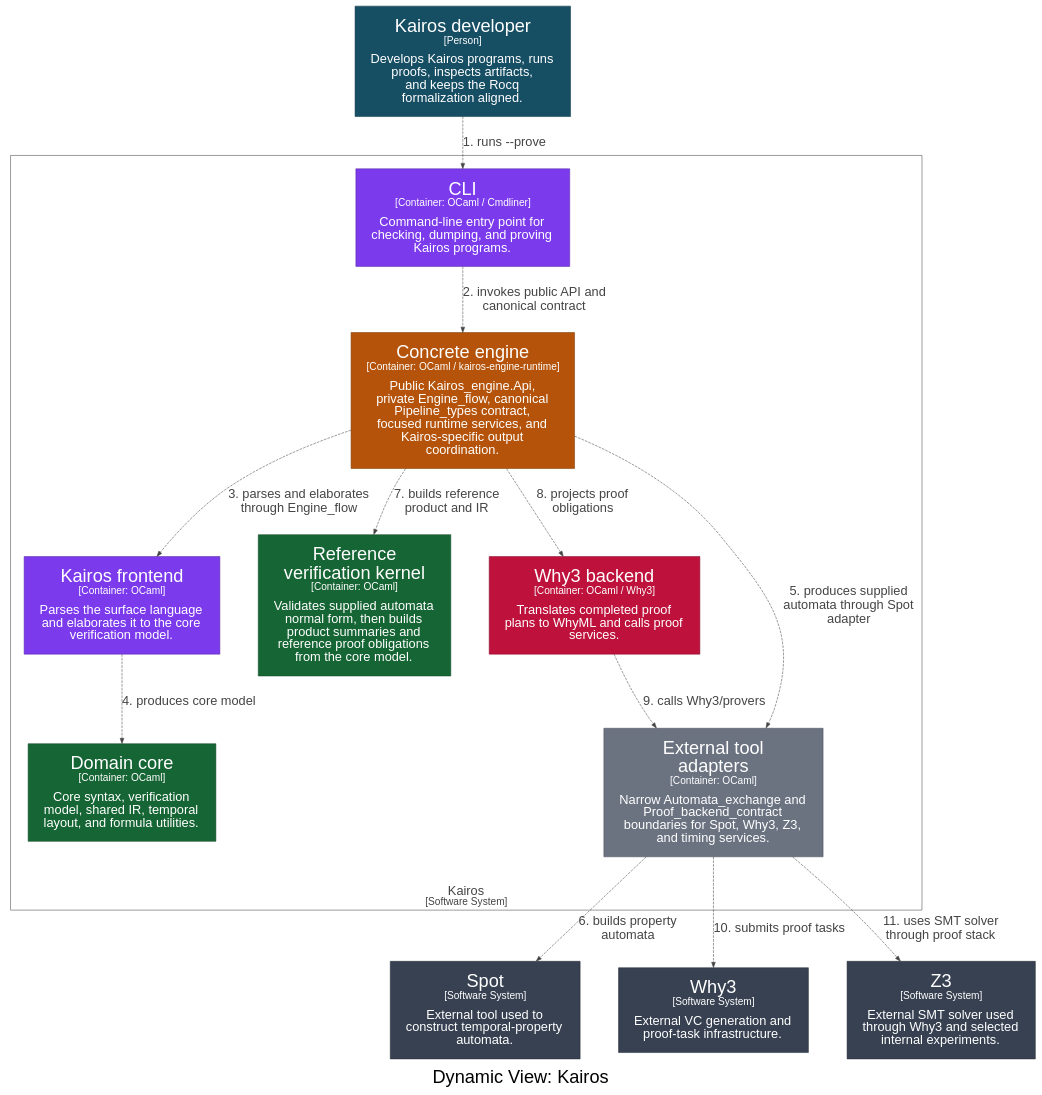
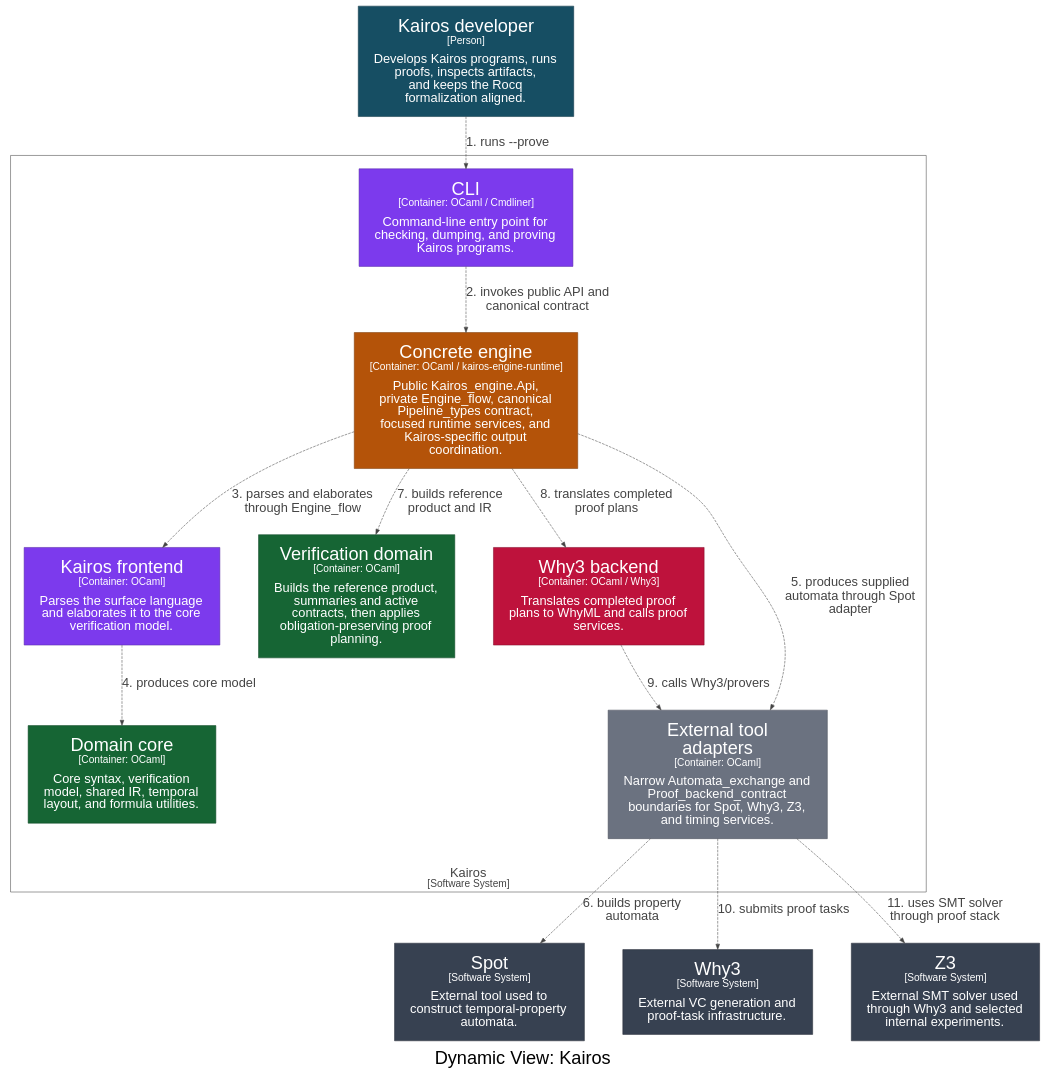
Before and after one commit to DabrowskiFr/Kairos: the diagram in docs/architecture/structurizr/export/dot/structurizr-kairos-prove-flow.dot, drawn with Graphviz. The commit also changed 102 other files, not shown here.

```diff
--- a/docs/architecture/structurizr/export/dot/structurizr-kairos-prove-flow.dot
+++ b/docs/architecture/structurizr/export/dot/structurizr-kairos-prove-flow.dot
@@ -1,42 +1,42 @@
 digraph {
   compound=true
   graph [fontname="Arial", rankdir=TB, ranksep=1.0, nodesep=1.0]
   node [fontname="Arial", shape=box, margin="0.4,0.3"]
   edge [fontname="Arial"]
   label=<<br /><font point-size="34">Dynamic View: Kairos</font>>
 
   subgraph cluster_7 {
     margin=25
     label=<<font point-size="24"><br />Kairos</font><br /><font point-size="19">[Software System]</font>>
     labelloc=b
     color="#444444"
     fontcolor="#444444"
     fillcolor="#444444"
 
     10 [id=10,shape=rect, label=<<font point-size="34">Concrete engine</font><br /><font point-size="19">[Container: OCaml / kairos-engine-runtime]</font><br /><br /><font point-size="24">Public Kairos_engine.Api,<br />private Engine_flow, canonical<br />Pipeline_types contract,<br />focused runtime services, and<br />Kairos-specific output<br />coordination.</font>>, style=filled, color="#7d3a06", fillcolor="#b45309", fontcolor="#ffffff"]
     19 [id=19,shape=rect, label=<<font point-size="34">Kairos frontend</font><br /><font point-size="19">[Container: OCaml]</font><br /><br /><font point-size="24">Parses the surface language<br />and elaborates it to the core<br />verification model.</font>>, style=filled, color="#5628a5", fillcolor="#7c3aed", fontcolor="#ffffff"]
     20 [id=20,shape=rect, label=<<font point-size="34">Domain core</font><br /><font point-size="19">[Container: OCaml]</font><br /><br /><font point-size="24">Core syntax, verification<br />model, shared IR, temporal<br />layout, and formula utilities.</font>>, style=filled, color="#0f4624", fillcolor="#166534", fontcolor="#ffffff"]
-    21 [id=21,shape=rect, label=<<font point-size="34">Reference<br />verification kernel</font><br /><font point-size="19">[Container: OCaml]</font><br /><br /><font point-size="24">Validates supplied automata<br />normal form, then builds<br />product summaries and<br />reference proof obligations<br />from the core model.</font>>, style=filled, color="#0f4624", fillcolor="#166534", fontcolor="#ffffff"]
-    28 [id=28,shape=rect, label=<<font point-size="34">Why3 backend</font><br /><font point-size="19">[Container: OCaml / Why3]</font><br /><br /><font point-size="24">Translates completed proof<br />plans to WhyML and calls proof<br />services.</font>>, style=filled, color="#850c2a", fillcolor="#be123c", fontcolor="#ffffff"]
-    31 [id=31,shape=rect, label=<<font point-size="34">External tool<br />adapters</font><br /><font point-size="19">[Container: OCaml]</font><br /><br /><font point-size="24">Narrow Automata_exchange and<br />Proof_backend_contract<br />boundaries for Spot, Why3, Z3,<br />and timing services.</font>>, style=filled, color="#4a4f59", fillcolor="#6b7280", fontcolor="#ffffff"]
+    21 [id=21,shape=rect, label=<<font point-size="34">Verification domain</font><br /><font point-size="19">[Container: OCaml]</font><br /><br /><font point-size="24">Builds the reference product,<br />summaries and active<br />contracts, then applies<br />obligation-preserving proof<br />planning.</font>>, style=filled, color="#0f4624", fillcolor="#166534", fontcolor="#ffffff"]
+    27 [id=27,shape=rect, label=<<font point-size="34">Why3 backend</font><br /><font point-size="19">[Container: OCaml / Why3]</font><br /><br /><font point-size="24">Translates completed proof<br />plans to WhyML and calls proof<br />services.</font>>, style=filled, color="#850c2a", fillcolor="#be123c", fontcolor="#ffffff"]
+    30 [id=30,shape=rect, label=<<font point-size="34">External tool<br />adapters</font><br /><font point-size="19">[Container: OCaml]</font><br /><br /><font point-size="24">Narrow Automata_exchange and<br />Proof_backend_contract<br />boundaries for Spot, Why3, Z3,<br />and timing services.</font>>, style=filled, color="#4a4f59", fillcolor="#6b7280", fontcolor="#ffffff"]
     8 [id=8,shape=rect, label=<<font point-size="34">CLI</font><br /><font point-size="19">[Container: OCaml / Cmdliner]</font><br /><br /><font point-size="24">Command-line entry point for<br />checking, dumping, and proving<br />Kairos programs.</font>>, style=filled, color="#5628a5", fillcolor="#7c3aed", fontcolor="#ffffff"]
   }
 
   1 [id=1,shape=rect, label=<<font point-size="34">Kairos developer</font><br /><font point-size="19">[Person]</font><br /><br /><font point-size="24">Develops Kairos programs, runs<br />proofs, inspects artifacts,<br />and keeps the Rocq<br />formalization aligned.</font>>, style=filled, color="#0f3645", fillcolor="#164e63", fontcolor="#ffffff"]
   3 [id=3,shape=rect, label=<<font point-size="34">Spot</font><br /><font point-size="19">[Software System]</font><br /><br /><font point-size="24">External tool used to<br />construct temporal-property<br />automata.</font>>, style=filled, color="#262d38", fillcolor="#374151", fontcolor="#ffffff"]
   4 [id=4,shape=rect, label=<<font point-size="34">Why3</font><br /><font point-size="19">[Software System]</font><br /><br /><font point-size="24">External VC generation and<br />proof-task infrastructure.</font>>, style=filled, color="#262d38", fillcolor="#374151", fontcolor="#ffffff"]
   5 [id=5,shape=rect, label=<<font point-size="34">Z3</font><br /><font point-size="19">[Software System]</font><br /><br /><font point-size="24">External SMT solver used<br />through Why3 and selected<br />internal experiments.</font>>, style=filled, color="#262d38", fillcolor="#374151", fontcolor="#ffffff"]
 
-  1 -> 8 [id=32, label=<<font point-size="24">1. runs --prove</font>>, style="dashed", color="#444444", fontcolor="#444444"]
-  8 -> 10 [id=35, label=<<font point-size="24">2. invokes public API and<br />canonical contract</font>>, style="dashed", color="#444444", fontcolor="#444444"]
-  10 -> 19 [id=37, label=<<font point-size="24">3. parses and elaborates<br />through Engine_flow</font>>, style="dashed", color="#444444", fontcolor="#444444"]
-  19 -> 20 [id=39, label=<<font point-size="24">4. produces core model</font>>, style="dashed", color="#444444", fontcolor="#444444"]
-  10 -> 31 [id=44, label=<<font point-size="24">5. produces supplied<br />automata through Spot<br />adapter</font>>, style="dashed", color="#444444", fontcolor="#444444"]
-  31 -> 3 [id=55, label=<<font point-size="24">6. builds property<br />automata</font>>, style="dashed", color="#444444", fontcolor="#444444"]
-  10 -> 21 [id=40, label=<<font point-size="24">7. builds reference<br />product and IR</font>>, style="dashed", color="#444444", fontcolor="#444444"]
-  10 -> 28 [id=43, label=<<font point-size="24">8. projects proof<br />obligations</font>>, style="dashed", color="#444444", fontcolor="#444444"]
-  28 -> 31 [id=52, label=<<font point-size="24">9. calls Why3/provers</font>>, style="dashed", color="#444444", fontcolor="#444444"]
-  31 -> 4 [id=57, label=<<font point-size="24">10. submits proof tasks</font>>, style="dashed", color="#444444", fontcolor="#444444"]
-  31 -> 5 [id=59, label=<<font point-size="24">11. uses SMT solver<br />through proof stack</font>>, style="dashed", color="#444444", fontcolor="#444444"]
+  1 -> 8 [id=31, label=<<font point-size="24">1. runs --prove</font>>, style="dashed", color="#444444", fontcolor="#444444"]
+  8 -> 10 [id=34, label=<<font point-size="24">2. invokes public API and<br />canonical contract</font>>, style="dashed", color="#444444", fontcolor="#444444"]
+  10 -> 19 [id=36, label=<<font point-size="24">3. parses and elaborates<br />through Engine_flow</font>>, style="dashed", color="#444444", fontcolor="#444444"]
+  19 -> 20 [id=38, label=<<font point-size="24">4. produces core model</font>>, style="dashed", color="#444444", fontcolor="#444444"]
+  10 -> 30 [id=42, label=<<font point-size="24">5. produces supplied<br />automata through Spot<br />adapter</font>>, style="dashed", color="#444444", fontcolor="#444444"]
+  30 -> 3 [id=52, label=<<font point-size="24">6. builds property<br />automata</font>>, style="dashed", color="#444444", fontcolor="#444444"]
+  10 -> 21 [id=39, label=<<font point-size="24">7. builds reference<br />product and IR</font>>, style="dashed", color="#444444", fontcolor="#444444"]
+  10 -> 27 [id=41, label=<<font point-size="24">8. translates completed<br />proof plans</font>>, style="dashed", color="#444444", fontcolor="#444444"]
+  27 -> 30 [id=49, label=<<font point-size="24">9. calls Why3/provers</font>>, style="dashed", color="#444444", fontcolor="#444444"]
+  30 -> 4 [id=54, label=<<font point-size="24">10. submits proof tasks</font>>, style="dashed", color="#444444", fontcolor="#444444"]
+  30 -> 5 [id=56, label=<<font point-size="24">11. uses SMT solver<br />through proof stack</font>>, style="dashed", color="#444444", fontcolor="#444444"]
 
 }
```
